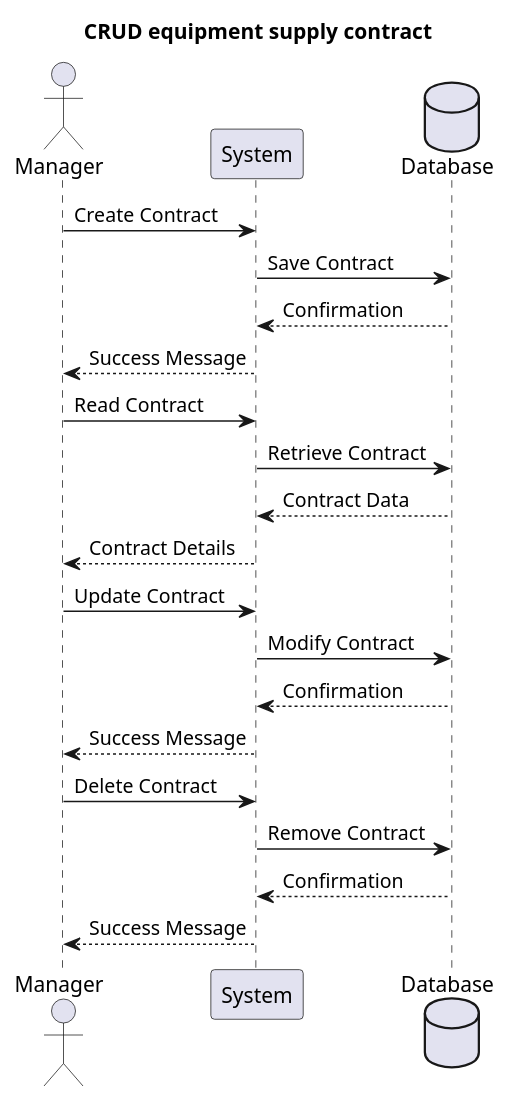
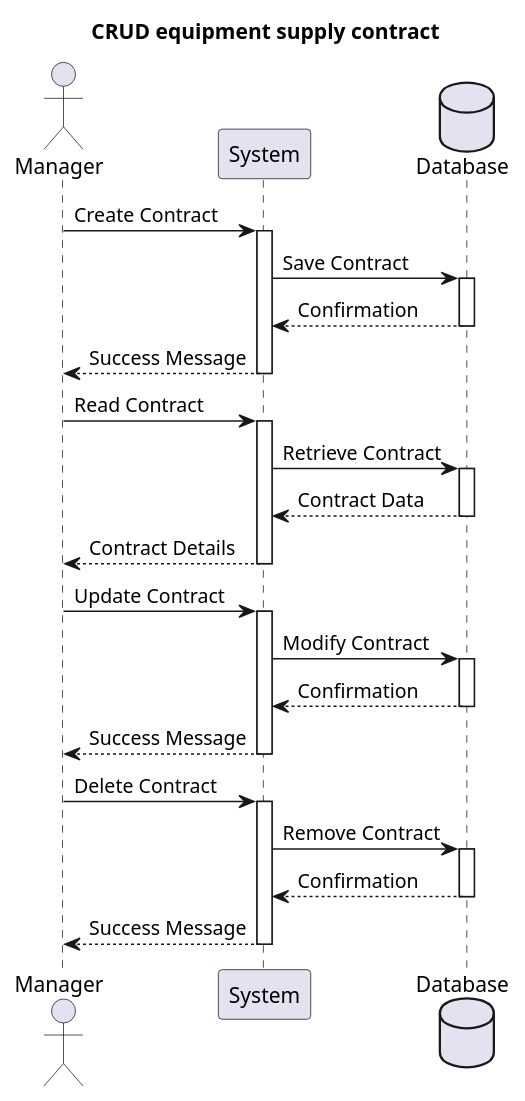
The diagram in Lab1.2/Sequence diagram/Code/CRUD equiptment supply contract_seq.wsd (baonehe/SE357-Pratice-class), drawn with PlantUML before and after one commit. The commit also changed 99 other files, not shown here.

Commit message:
Update sequence diagram

```diff
--- a/Lab1.2/Sequence diagram/Code/CRUD equiptment supply contract_seq.wsd
+++ b/Lab1.2/Sequence diagram/Code/CRUD equiptment supply contract_seq.wsd
@@ -1,28 +1,43 @@
 @startuml
-title CRUD equipment supply contract 
+title CRUD equipment supply contract
 
 actor Manager
 participant System
 database Database
 
-Manager -> System : Create Contract
-System -> Database : Save Contract
-Database --> System : Confirmation
-System --> Manager : Success Message
+Manager -> System: Create Contract
+activate System
+System -> Database: Save Contract
+activate Database
+Database --> System: Confirmation
+deactivate Database
+System --> Manager: Success Message
+deactivate System
 
-Manager -> System : Read Contract
-System -> Database : Retrieve Contract
-Database --> System : Contract Data
-System --> Manager : Contract Details
+Manager -> System: Read Contract
+activate System
+System -> Database: Retrieve Contract
+activate Database
+Database --> System: Contract Data
+deactivate Database
+System --> Manager: Contract Details
+deactivate System
 
-Manager -> System : Update Contract
-System -> Database : Modify Contract
-Database --> System : Confirmation
-System --> Manager : Success Message
+Manager -> System: Update Contract
+activate System
+System -> Database: Modify Contract
+activate Database
+Database --> System: Confirmation
+deactivate Database
+System --> Manager: Success Message
+deactivate System
 
-Manager -> System : Delete Contract
-System -> Database : Remove Contract
-Database --> System : Confirmation
-System --> Manager : Success Message
-
+Manager -> System: Delete Contract
+activate System
+System -> Database: Remove Contract
+activate Database
+Database --> System: Confirmation
+deactivate Database
+System --> Manager: Success Message
+deactivate System
 @enduml
```
